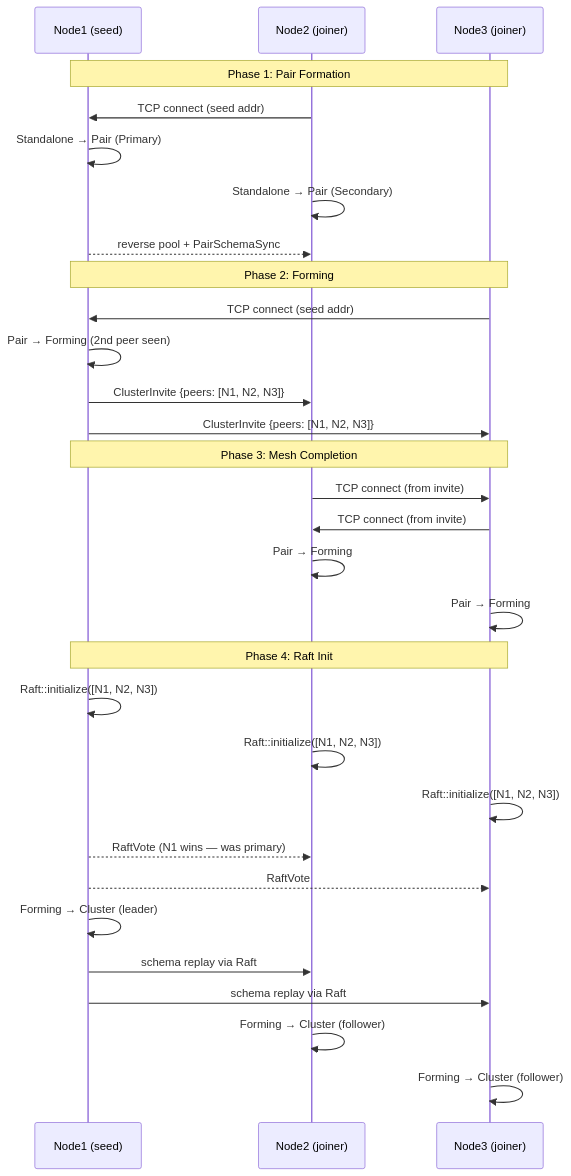
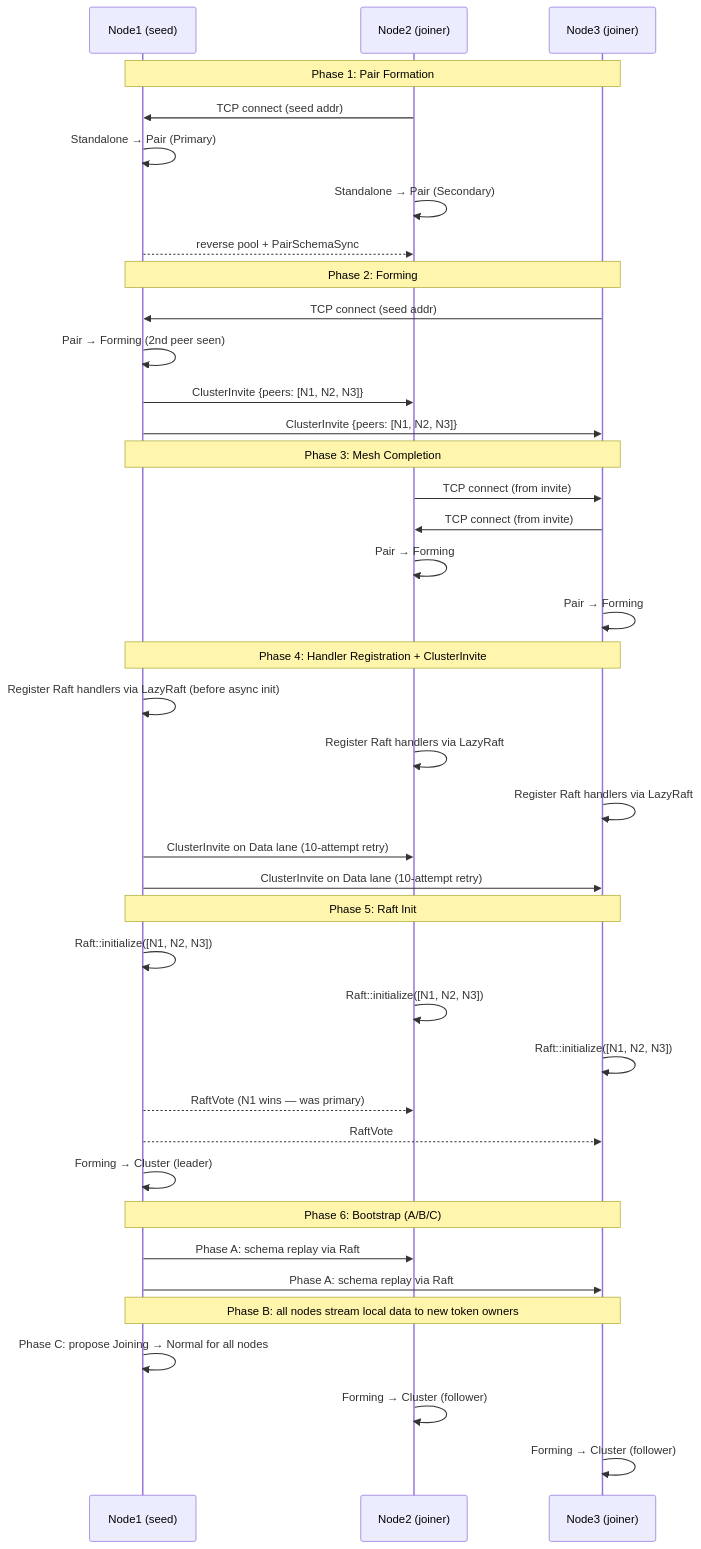
The third of 4 diagrams in specs/cluster-formation-architecture.md (ferrosadb/ferrosa), drawn with Mermaid before and after one commit. The commit also changed other lines of this file and 11 other files, not shown here.

````diff
--- a/specs/cluster-formation-architecture.md
+++ b/specs/cluster-formation-architecture.md
@@ -151,36 +151,47 @@
 ```mermaid
 sequenceDiagram
     participant N1 as Node1 (seed)
     participant N2 as Node2 (joiner)
     participant N3 as Node3 (joiner)
 
     Note over N1,N3: Phase 1: Pair Formation
     N2->>N1: TCP connect (seed addr)
     N1->>N1: Standalone → Pair (Primary)
     N2->>N2: Standalone → Pair (Secondary)
     N1-->>N2: reverse pool + PairSchemaSync
 
     Note over N1,N3: Phase 2: Forming
     N3->>N1: TCP connect (seed addr)
     N1->>N1: Pair → Forming (2nd peer seen)
     N1->>N2: ClusterInvite {peers: [N1, N2, N3]}
     N1->>N3: ClusterInvite {peers: [N1, N2, N3]}
 
     Note over N1,N3: Phase 3: Mesh Completion
     N2->>N3: TCP connect (from invite)
     N3->>N2: TCP connect (from invite)
     N2->>N2: Pair → Forming
     N3->>N3: Pair → Forming
 
-    Note over N1,N3: Phase 4: Raft Init
+    Note over N1,N3: Phase 4: Handler Registration + ClusterInvite
+    N1->>N1: Register Raft handlers via LazyRaft (before async init)
+    N2->>N2: Register Raft handlers via LazyRaft
+    N3->>N3: Register Raft handlers via LazyRaft
+    N1->>N2: ClusterInvite on Data lane (10-attempt retry)
+    N1->>N3: ClusterInvite on Data lane (10-attempt retry)
+
+    Note over N1,N3: Phase 5: Raft Init
     N1->>N1: Raft::initialize([N1, N2, N3])
     N2->>N2: Raft::initialize([N1, N2, N3])
     N3->>N3: Raft::initialize([N1, N2, N3])
     N1-->>N2: RaftVote (N1 wins — was primary)
     N1-->>N3: RaftVote
     N1->>N1: Forming → Cluster (leader)
-    N1->>N2: schema replay via Raft
-    N1->>N3: schema replay via Raft
+
+    Note over N1,N3: Phase 6: Bootstrap (A/B/C)
+    N1->>N2: Phase A: schema replay via Raft
+    N1->>N3: Phase A: schema replay via Raft
+    Note over N1,N3: Phase B: all nodes stream local data to new token owners
+    N1->>N1: Phase C: propose Joining → Normal for all nodes
     N2->>N2: Forming → Cluster (follower)
     N3->>N3: Forming → Cluster (follower)
 ```
````
